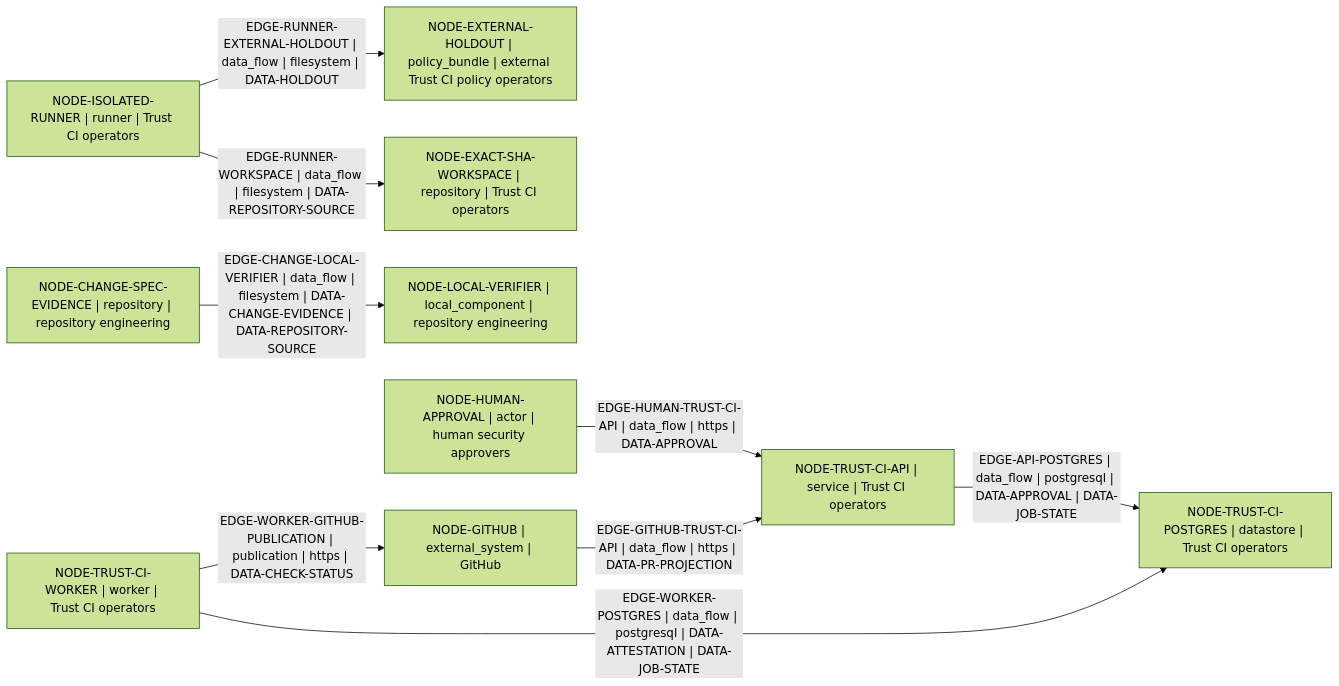
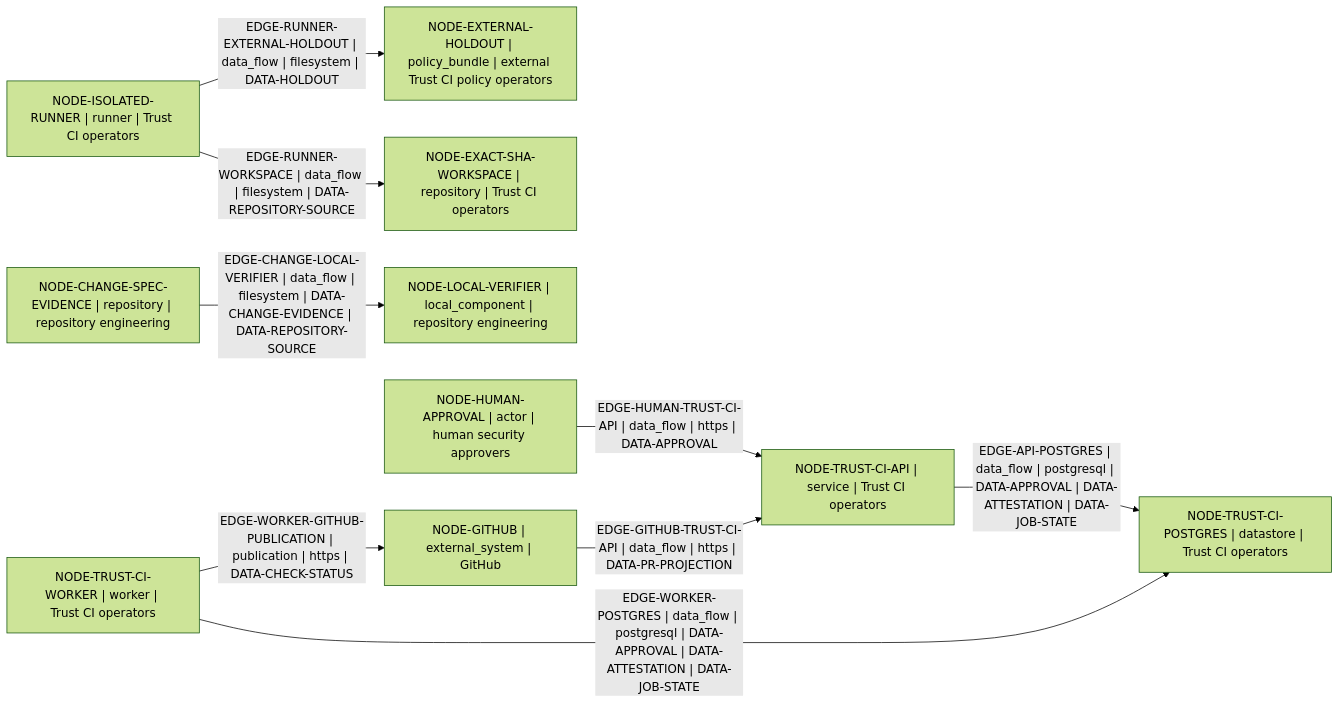
Before and after one commit to Dimkox/adaptive-grok-build-pro: the diagram in architecture/generated/data-flow.mmd, drawn with Mermaid (forest theme). The commit also changed 9 other files, not shown here.

Commit message:
fix: enforce architecture data boundaries

```diff
--- a/architecture/generated/data-flow.mmd
+++ b/architecture/generated/data-flow.mmd
@@ -1,19 +1,19 @@
 flowchart LR
   node_8938bd3db1932751["NODE-CHANGE-SPEC-EVIDENCE | repository | repository engineering"]
   node_2e8a7072de3f3743["NODE-EXACT-SHA-WORKSPACE | repository | Trust CI operators"]
   node_0a0fe2f046a648e9["NODE-EXTERNAL-HOLDOUT | policy_bundle | external Trust CI policy operators"]
   node_8b8a8cd21b180532["NODE-GITHUB | external_system | GitHub"]
   node_e4e37173e410ad23["NODE-HUMAN-APPROVAL | actor | human security approvers"]
   node_1c3a10ba26a8e80d["NODE-ISOLATED-RUNNER | runner | Trust CI operators"]
   node_23bed8fcbfc79861["NODE-LOCAL-VERIFIER | local_component | repository engineering"]
   node_d0e570b2fbe52f98["NODE-TRUST-CI-API | service | Trust CI operators"]
   node_1a6c7efb2d08591b["NODE-TRUST-CI-POSTGRES | datastore | Trust CI operators"]
   node_070dda93443dcc1f["NODE-TRUST-CI-WORKER | worker | Trust CI operators"]
-  node_d0e570b2fbe52f98 -->|"EDGE-API-POSTGRES | data_flow | postgresql | DATA-APPROVAL | DATA-JOB-STATE"| node_1a6c7efb2d08591b
+  node_d0e570b2fbe52f98 -->|"EDGE-API-POSTGRES | data_flow | postgresql | DATA-APPROVAL | DATA-ATTESTATION | DATA-JOB-STATE"| node_1a6c7efb2d08591b
   node_8938bd3db1932751 -->|"EDGE-CHANGE-LOCAL-VERIFIER | data_flow | filesystem | DATA-CHANGE-EVIDENCE | DATA-REPOSITORY-SOURCE"| node_23bed8fcbfc79861
   node_8b8a8cd21b180532 -->|"EDGE-GITHUB-TRUST-CI-API | data_flow | https | DATA-PR-PROJECTION"| node_d0e570b2fbe52f98
   node_e4e37173e410ad23 -->|"EDGE-HUMAN-TRUST-CI-API | data_flow | https | DATA-APPROVAL"| node_d0e570b2fbe52f98
   node_1c3a10ba26a8e80d -->|"EDGE-RUNNER-EXTERNAL-HOLDOUT | data_flow | filesystem | DATA-HOLDOUT"| node_0a0fe2f046a648e9
   node_1c3a10ba26a8e80d -->|"EDGE-RUNNER-WORKSPACE | data_flow | filesystem | DATA-REPOSITORY-SOURCE"| node_2e8a7072de3f3743
   node_070dda93443dcc1f -->|"EDGE-WORKER-GITHUB-PUBLICATION | publication | https | DATA-CHECK-STATUS"| node_8b8a8cd21b180532
-  node_070dda93443dcc1f -->|"EDGE-WORKER-POSTGRES | data_flow | postgresql | DATA-ATTESTATION | DATA-JOB-STATE"| node_1a6c7efb2d08591b
+  node_070dda93443dcc1f -->|"EDGE-WORKER-POSTGRES | data_flow | postgresql | DATA-APPROVAL | DATA-ATTESTATION | DATA-JOB-STATE"| node_1a6c7efb2d08591b
```
